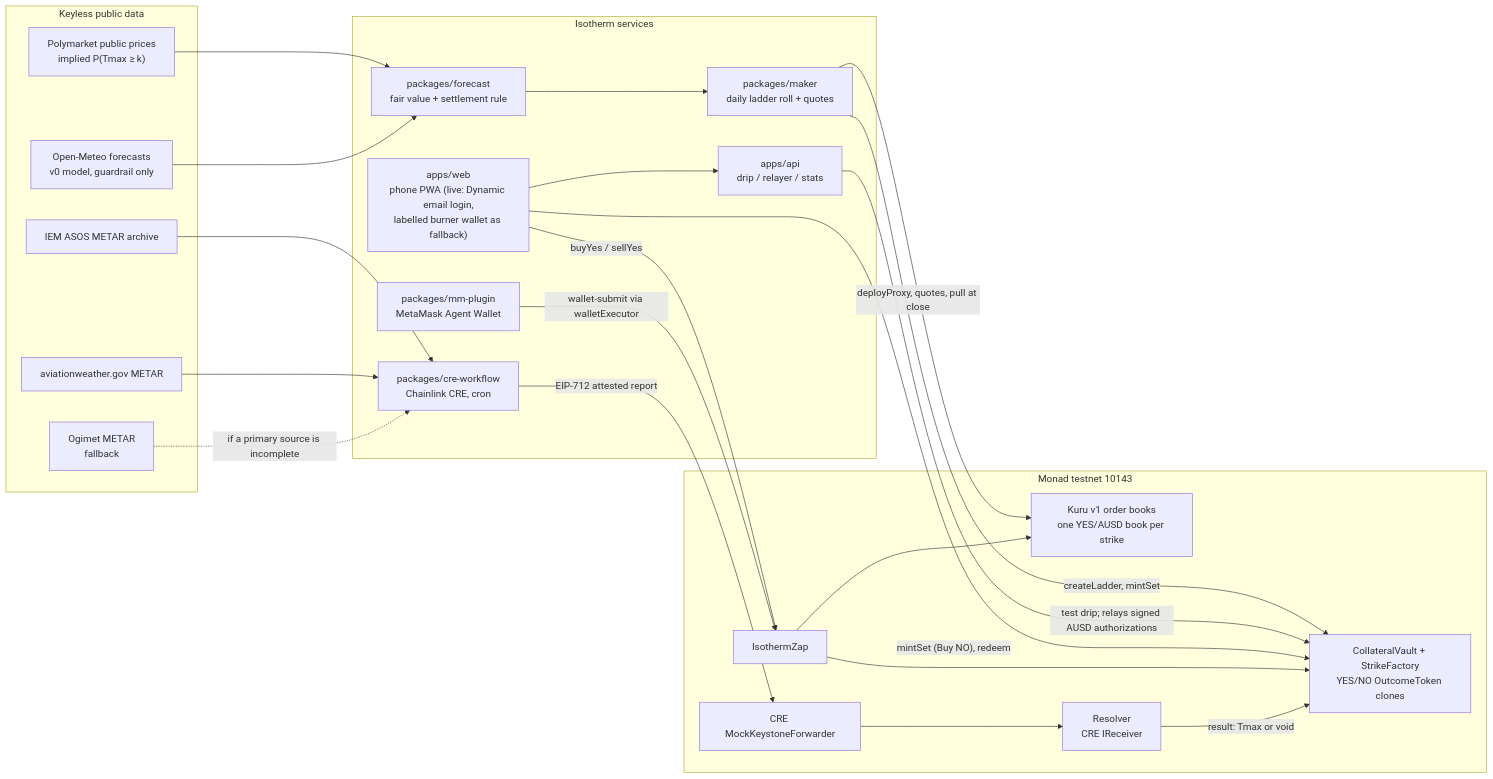
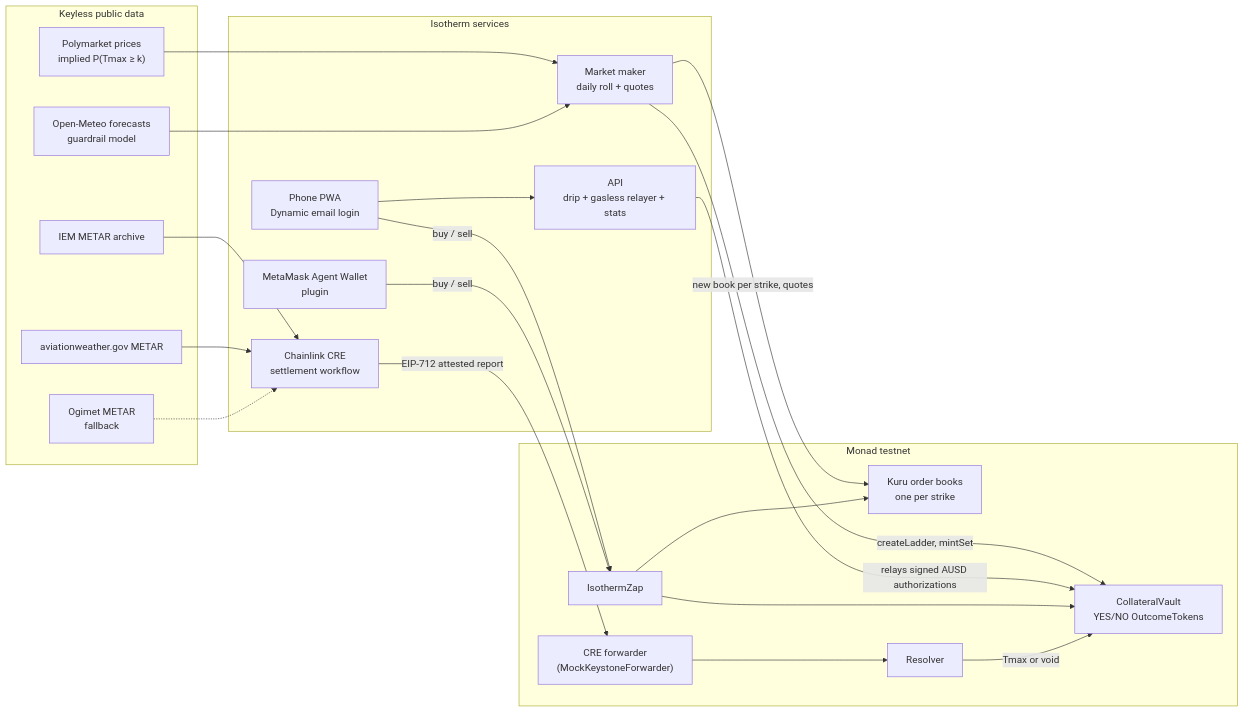
Before and after one commit to tedinroc/isotherm: the diagram in README.md, drawn with Mermaid. The commit also changed other lines of this file and 111 other files, not shown here.

First line of the commit message:
Cloudflare maker Worker (shadow), first live CRE settlement, judge-facing README

````diff
--- a/README.md
+++ b/README.md
@@ -43,43 +37,36 @@
 ```mermaid
 flowchart LR
   subgraph DATA["Keyless public data"]
-    PM["Polymarket public prices<br/>implied P(Tmax ≥ k)"]
-    OM["Open-Meteo forecasts<br/>v0 model, guardrail only"]
-    IEM["IEM ASOS METAR archive"]
+    PM["Polymarket prices<br/>implied P(Tmax ≥ k)"]
+    OM["Open-Meteo forecasts<br/>guardrail model"]
+    IEM["IEM METAR archive"]
     AWC["aviationweather.gov METAR"]
     OG["Ogimet METAR<br/>fallback"]
   end
   subgraph SVC["Isotherm services"]
-    FC["packages/forecast<br/>fair value + settlement rule"]
-    MK["packages/maker<br/>daily ladder roll + quotes"]
-    WEB["apps/web<br/>phone PWA (live: Dynamic email login,<br/>labelled burner wallet as fallback)"]
-    API["apps/api<br/>drip / relayer / stats"]
-    MMP["packages/mm-plugin<br/>MetaMask Agent Wallet"]
-    CRE["packages/cre-workflow<br/>Chainlink CRE, cron"]
+    MK["Market maker<br/>daily roll + quotes"]
+    WEB["Phone PWA<br/>Dynamic email login"]
+    API["API<br/>drip + gasless relayer + stats"]
+    MMP["MetaMask Agent Wallet<br/>plugin"]
+    CRE["Chainlink CRE<br/>settlement workflow"]
   end
-  subgraph CHAIN["Monad testnet 10143"]
-    VAULT["CollateralVault + StrikeFactory<br/>YES/NO OutcomeToken clones"]
+  subgraph CHAIN["Monad testnet"]
+    VAULT["CollateralVault<br/>YES/NO OutcomeTokens"]
     ZAP["IsothermZap"]
-    KURU["Kuru v1 order books<br/>one YES/AUSD book per strike"]
-    FWD["CRE MockKeystoneForwarder"]
-    RES["Resolver<br/>CRE IReceiver"]
+    KURU["Kuru order books<br/>one per strike"]
+    FWD["CRE forwarder<br/>(MockKeystoneForwarder)"]
+    RES["Resolver"]
   end
-  PM --> FC
-  OM --> FC
-  FC --> MK
+  PM & OM --> MK
   MK -->|"createLadder, mintSet"| VAULT
-  MK -->|"deployProxy, quotes, pull at close"| KURU
+  MK -->|"new book per strike, quotes"| KURU
   WEB --> API
-  API -->|"test drip; relays signed AUSD authorizations"| VAULT
-  WEB -->|"buyYes / sellYes"| ZAP
-  WEB -->|"mintSet (Buy NO), redeem"| VAULT
-  MMP -->|"wallet-submit via walletExecutor"| ZAP
-  ZAP --> KURU
-  ZAP --> VAULT
-  IEM --> CRE
-  AWC --> CRE
-  OG -.->|"if a primary source is incomplete"| CRE
+  API -->|"relays signed AUSD authorizations"| VAULT
+  WEB & MMP -->|"buy / sell"| ZAP
+  ZAP --> KURU & VAULT
+  IEM & AWC --> CRE
+  OG -.-> CRE
   CRE -->|"EIP-712 attested report"| FWD
   FWD --> RES
-  RES -->|"result: Tmax or void"| VAULT
+  RES -->|"Tmax or void"| VAULT
 ```
````
